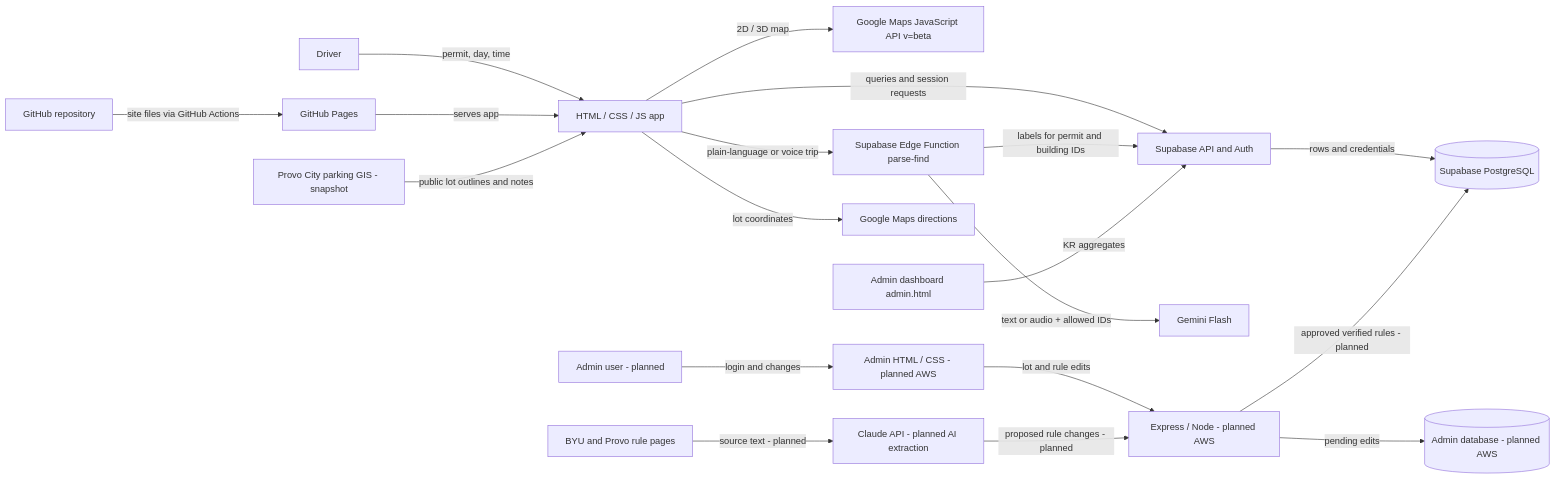
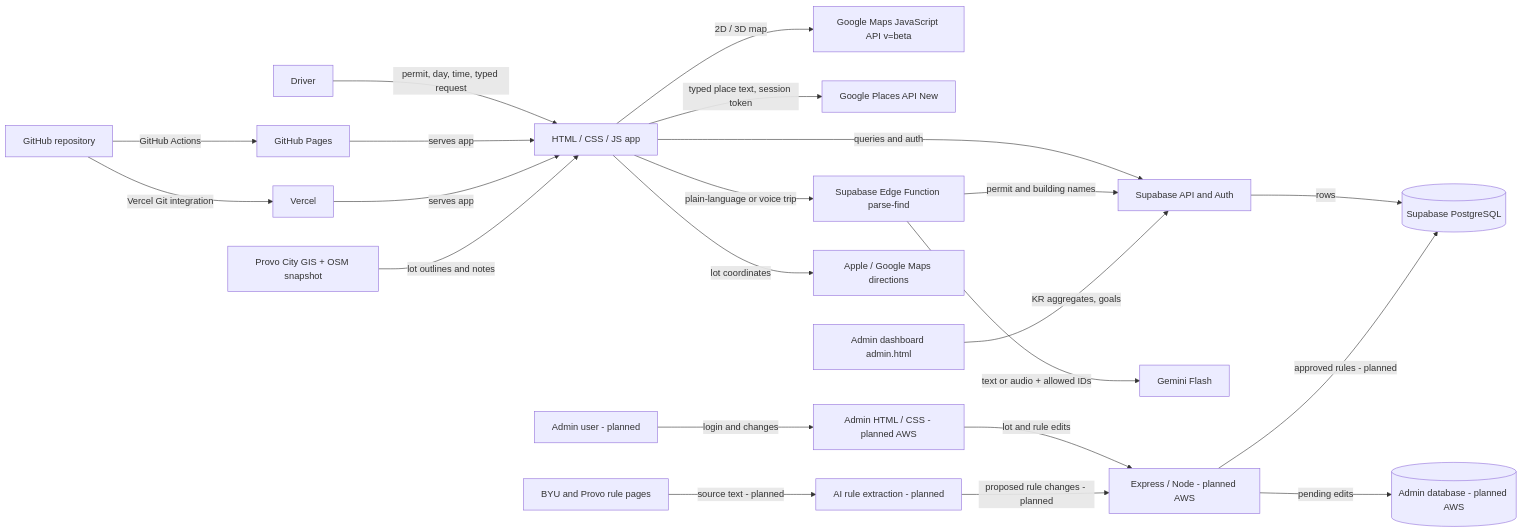
The first of 3 diagrams in README.md (ParkerMorris11/ProvoParking), drawn with Mermaid before and after one commit. The commit also changed other lines of this file, not shown here.

First line of the commit message:
Rewrite README to match the app: search, Places, AI backup reader, migrations, DFD

````diff
--- a/README.md
+++ b/README.md
@@ -194,21 +84,24 @@
 ```mermaid
 flowchart LR
-  U[Driver] -->|permit, day, time| UI[HTML / CSS / JS app]
-  GH[GitHub repository] -->|site files via GitHub Actions| P[GitHub Pages]
+  U[Driver] -->|permit, day, time, typed request| UI[HTML / CSS / JS app]
+  GH[GitHub repository] -->|GitHub Actions| P[GitHub Pages]
+  GH -->|Vercel Git integration| V[Vercel]
   P -->|serves app| UI
-  UI -->|queries and session requests| API[Supabase API and Auth]
-  API -->|rows and credentials| DB[(Supabase PostgreSQL)]
+  V -->|serves app| UI
+  UI -->|queries and auth| API[Supabase API and Auth]
+  API -->|rows| DB[(Supabase PostgreSQL)]
   UI -->|2D / 3D map| GMaps[Google Maps JavaScript API v=beta]
+  UI -->|typed place text, session token| Places[Google Places API New]
   UI -->|plain-language or voice trip| Parse[Supabase Edge Function parse-find]
   Parse -->|text or audio + allowed IDs| Gemini[Gemini Flash]
-  Parse -->|labels for permit and building IDs| API
-  CityGIS[Provo City parking GIS - snapshot] -->|public lot outlines and notes| UI
-  Admin[Admin dashboard admin.html] -->|KR aggregates| API
-  UI -->|lot coordinates| Maps[Google Maps directions]
+  Parse -->|permit and building names| API
+  CityGIS[Provo City GIS + OSM snapshot] -->|lot outlines and notes| UI
+  Admin[Admin dashboard admin.html] -->|KR aggregates, goals| API
+  UI -->|lot coordinates| Dir[Apple / Google Maps directions]
   A[Admin user - planned] -->|login and changes| WEB[Admin HTML / CSS - planned AWS]
   WEB -->|lot and rule edits| S[Express / Node - planned AWS]
   S -->|pending edits| AD[(Admin database - planned AWS)]
-  S -->|approved verified rules - planned| DB
-  Sources[BYU and Provo rule pages] -->|source text - planned| AI[Claude API - planned AI extraction]
+  S -->|approved rules - planned| DB
+  Sources[BYU and Provo rule pages] -->|source text - planned| AI[AI rule extraction - planned]
   AI -->|proposed rule changes - planned| S
 ```
````
